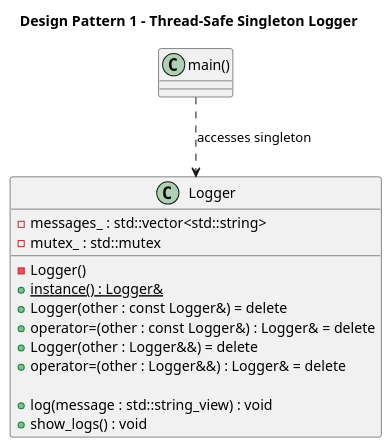
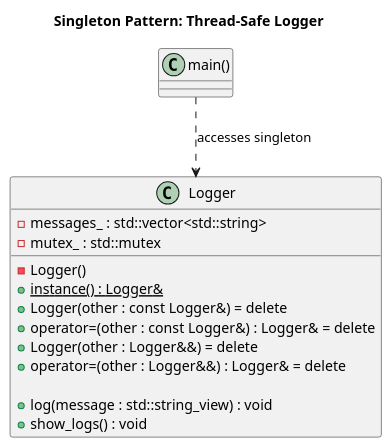
One commit to PatrickG2907/oop-design-pattern-challenges changed the diagram in creational-patterns/singleton/cpp/architecture.puml. Above: the diagram before and after it, drawn with PlantUML.

```diff
--- a/creational-patterns/singleton/cpp/architecture.puml
+++ b/creational-patterns/singleton/cpp/architecture.puml
@@ -1,25 +1,25 @@
 @startuml
-title Design Pattern 1 - Thread-Safe Singleton Logger
+title Singleton Pattern: Thread-Safe Logger
 
 class Logger {
     - Logger()
 
     - messages_ : std::vector<std::string>
     - mutex_ : std::mutex
 
     + {static} instance() : Logger&
     + Logger(other : const Logger&) = delete
     + operator=(other : const Logger&) : Logger& = delete
     + Logger(other : Logger&&) = delete
     + operator=(other : Logger&&) : Logger& = delete
 
     + log(message : std::string_view) : void
     + show_logs() : void
 }
 
 class "main()" as Main {
 }
 
 Main ..> Logger : accesses singleton
 
 @enduml
```
